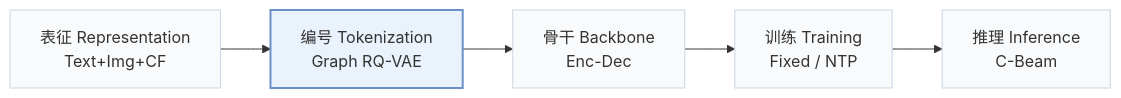
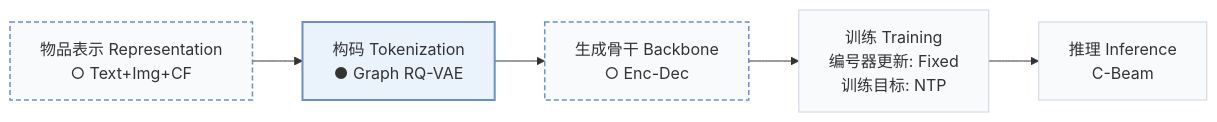
The first of 2 diagrams in pages/zh/papers/mmgrec.md (Galaxy-ghost/Awesome-SID-Generative-Rec), drawn with Mermaid before and after one commit. The commit also changed other lines of this file and 558 other files, not shown here.

````diff
--- a/pages/zh/papers/mmgrec.md
+++ b/pages/zh/papers/mmgrec.md
@@ -15,8 +18,10 @@
 ```mermaid
 flowchart LR
-    R["表征 Representation<br/>Text+Img+CF"] --> T["编号 Tokenization<br/>Graph RQ-VAE"] --> B["骨干 Backbone<br/>Enc-Dec"] --> TR["训练 Training<br/>Fixed / NTP"] --> I["推理 Inference<br/>C-Beam"]
+    R["物品表示 Representation<br/>○ Text+Img+CF"] --> T["构码 Tokenization<br/>● Graph RQ-VAE"] --> B["生成骨干 Backbone<br/>○ Enc-Dec"] --> TR["训练 Training<br/>编号器更新: Fixed<br/>训练目标: NTP"] --> I["推理 Inference<br/>C-Beam"]
     classDef base fill:#f8fafc,stroke:#cbd5e1
     class R,T,B,TR,I base
+    classDef other fill:#f8fafc,stroke:#6b8fc7,stroke-width:1.5px,stroke-dasharray:5 3
+    class R,B other
     classDef main fill:#eaf2fb,stroke:#6b8fc7,stroke-width:2px
     class T main
 ```
````
